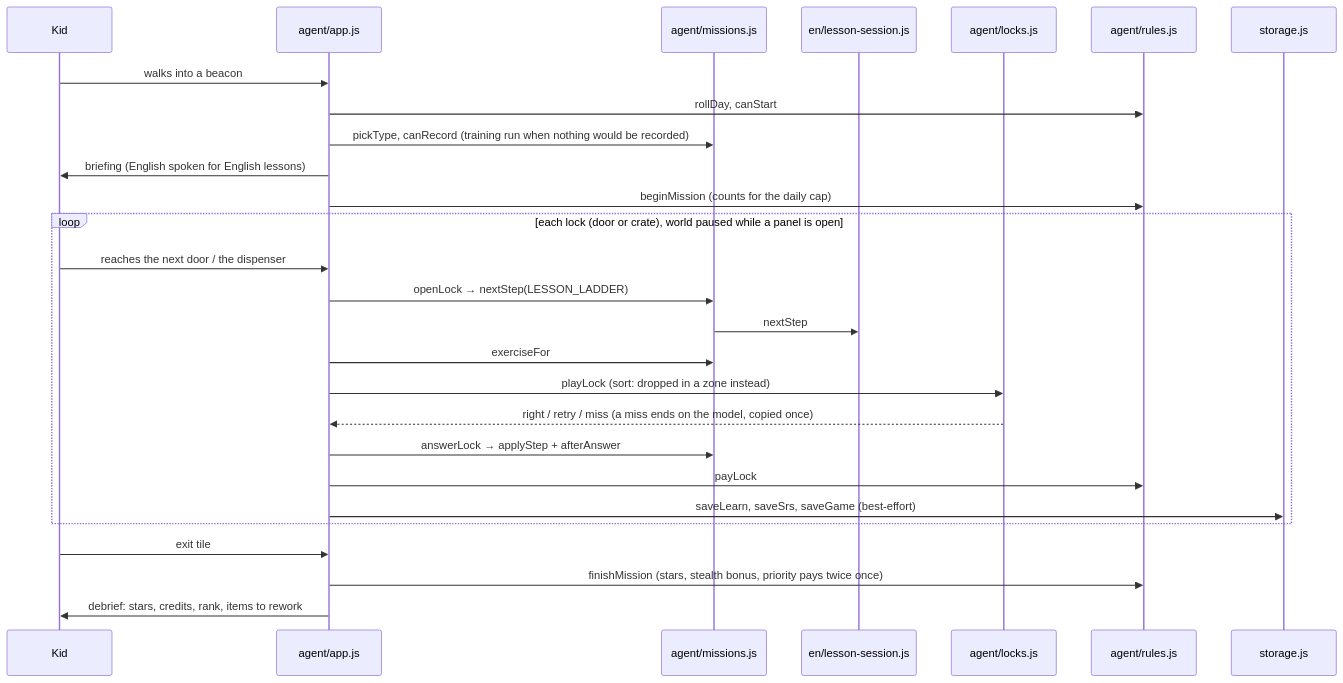
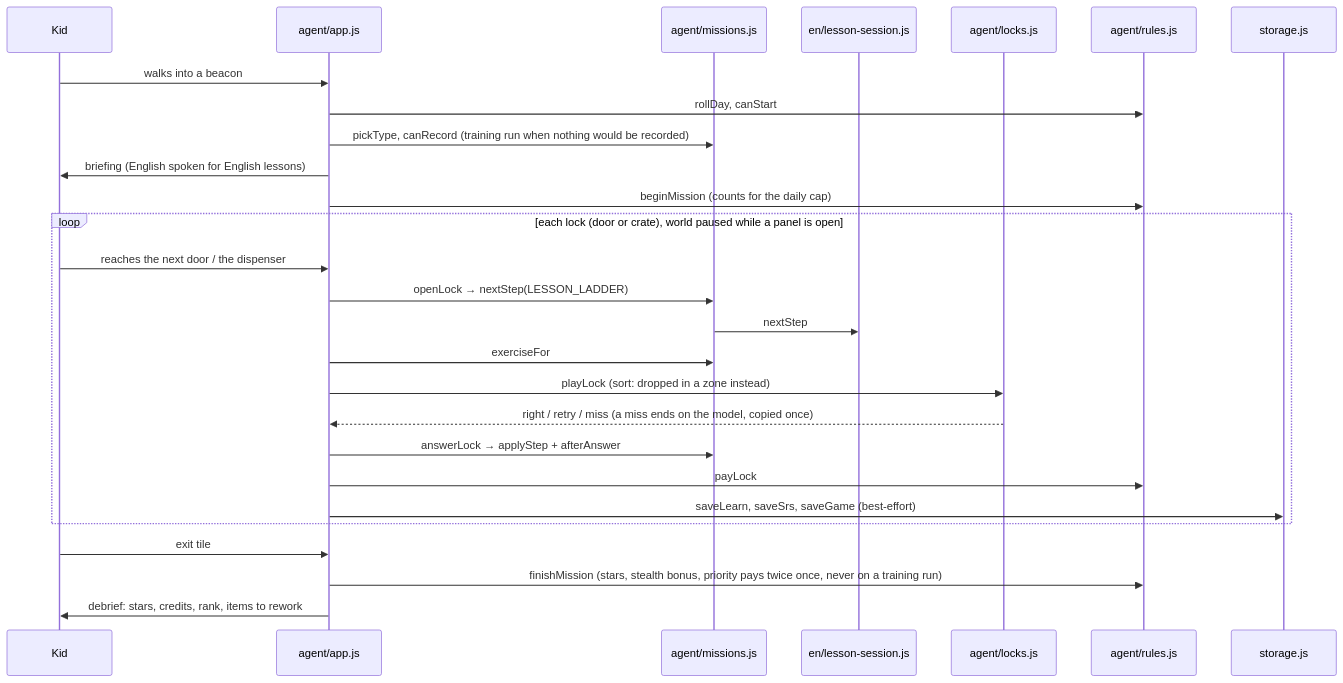
Before and after one commit to plsgard/school: diagram 16 of 16 in ARCHITECTURE.md, drawn with Mermaid. The commit also changed other lines of this file and 4 other files, not shown here.

First line of the commit message:
feat(agent): priority only where a run is recorded, tokens never raise the rank

````diff
--- a/ARCHITECTURE.md
+++ b/ARCHITECTURE.md
@@ -735,29 +735,29 @@
 ```mermaid
 sequenceDiagram
   participant Kid
   participant App as agent/app.js
   participant Mis as agent/missions.js
   participant Eng as en/lesson-session.js
   participant Lock as agent/locks.js
   participant Rul as agent/rules.js
   participant Sto as storage.js
   Kid->>App: walks into a beacon
   App->>Rul: rollDay, canStart
   App->>Mis: pickType, canRecord (training run when nothing would be recorded)
   App->>Kid: briefing (English spoken for English lessons)
   App->>Rul: beginMission (counts for the daily cap)
   loop each lock (door or crate), world paused while a panel is open
     Kid->>App: reaches the next door / the dispenser
     App->>Mis: openLock → nextStep(LESSON_LADDER)
     Mis->>Eng: nextStep
     App->>Mis: exerciseFor
     App->>Lock: playLock (sort: dropped in a zone instead)
     Lock-->>App: right / retry / miss (a miss ends on the model, copied once)
     App->>Mis: answerLock → applyStep + afterAnswer
     App->>Rul: payLock
     App->>Sto: saveLearn, saveSrs, saveGame (best-effort)
   end
   Kid->>App: exit tile
-  App->>Rul: finishMission (stars, stealth bonus, priority pays twice once)
+  App->>Rul: finishMission (stars, stealth bonus, priority pays twice once, never on a training run)
   App->>Kid: debrief: stars, credits, rank, items to rework
 ```
````
